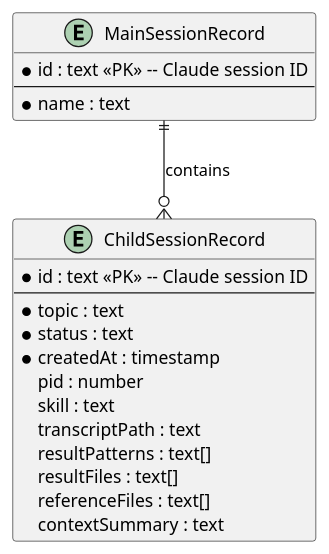
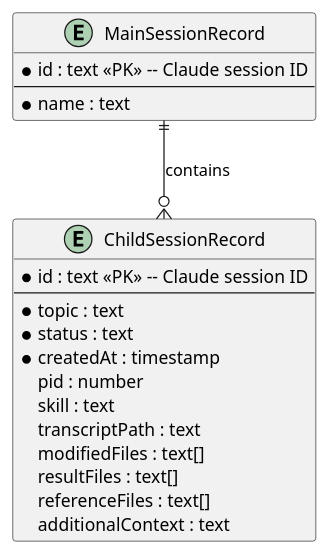
The second of 6 diagrams in A4/co-think/2026-03-29-2100-agent-orchestrator.architecture.md (studykit/studykit-marketplace), drawn with PlantUML before and after one commit. The commit also changed other lines of this file and 28 other files, not shown here.

````diff
--- a/A4/co-think/2026-03-29-2100-agent-orchestrator.architecture.md
+++ b/A4/co-think/2026-03-29-2100-agent-orchestrator.architecture.md
@@ -73,26 +73,26 @@
 ```plantuml
 @startuml
 entity "MainSessionRecord" as main {
   *id : text <<PK>> -- Claude session ID
   --
   *name : text
 }
 
 entity "ChildSessionRecord" as child {
   *id : text <<PK>> -- Claude session ID
   --
   *topic : text
   *status : text
   *createdAt : timestamp
   pid : number
   skill : text
   transcriptPath : text
-  resultPatterns : text[]
+  modifiedFiles : text[]
   resultFiles : text[]
   referenceFiles : text[]
-  contextSummary : text
+  additionalContext : text
 }
 
 main ||--o{ child : contains
 @enduml
 ```
````
